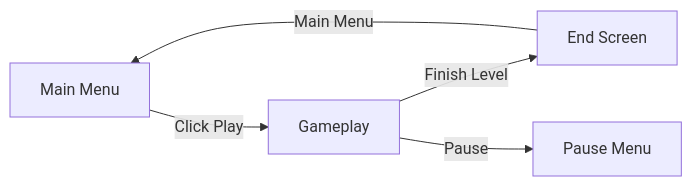
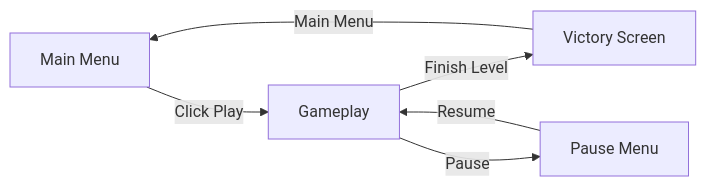
Before and after one commit to Justsomeguy241/Out-of-the-box: the first of 4 diagrams in README.md, drawn with Mermaid.

````diff
--- a/README.md
+++ b/README.md
@@ -34,13 +34,15 @@
 ```mermaid
 flowchart LR
   mm[Main Menu]
   gp[Gameplay]
-  es[End Screen]
+  vs[Victory Screen]
   pm[Pause Menu]
 
   mm -- "Click Play" --> gp
-  gp -- "Finish Level" --> es
-  es -- "Main Menu" --> mm
+  gp -- "Finish Level" --> vs
+  vs -- "Main Menu" --> mm
   gp -- "Pause" --> pm
+  pm -- "Resume" --> gp
+   
 
 ```
````
